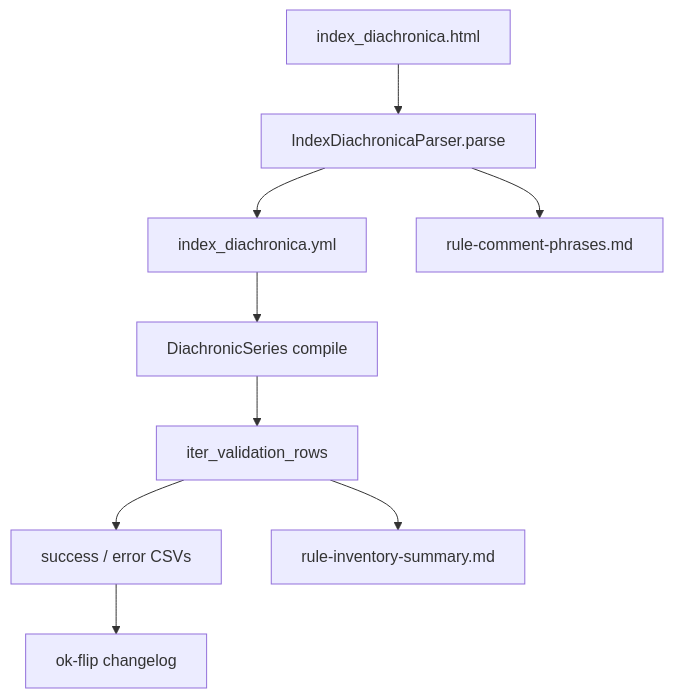
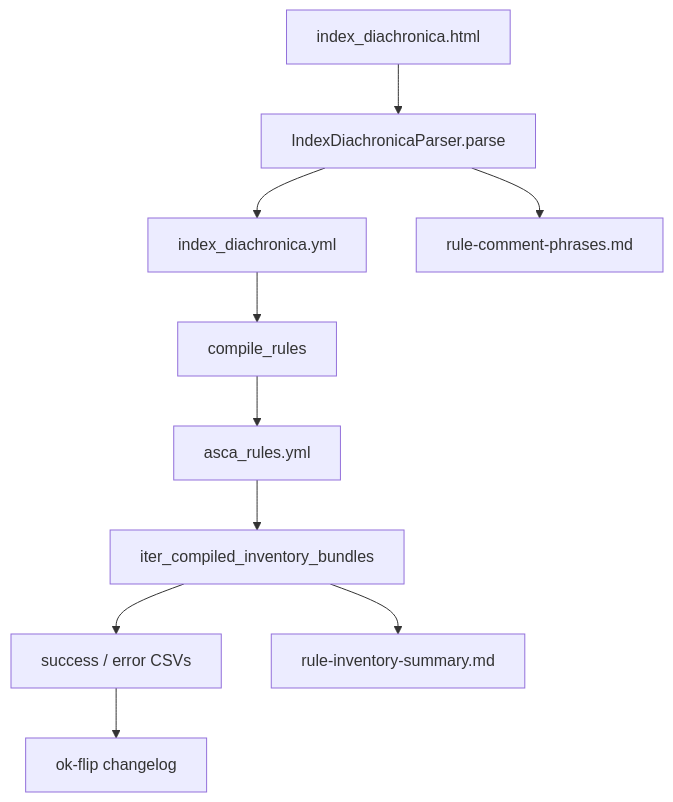
One commit to Pappa/conlanger changed the diagram in docs/system/validate.md. Above: the diagram before and after it, drawn with Mermaid. The commit also changed other lines of this file and 25 other files, not shown here.

First line of the commit message:
Split compile and validate; add asca_rules.yml v1 pipeline.

````diff
--- a/docs/system/validate.md
+++ b/docs/system/validate.md
@@ -24,19 +27,20 @@
 ```mermaid
 flowchart TD
   HTML[index_diachronica.html]
   Parse[IndexDiachronicaParser.parse]
   YAML[index_diachronica.yml]
   CommentSummary[rule-comment-phrases.md]
-  Compile[DiachronicSeries compile]
-  Inv[iter_validation_rows]
+  Compile[compile_rules]
+  ASCA_Y[asca_rules.yml]
+  Inv[iter_compiled_inventory_bundles]
   Split[success / error CSVs]
   Changelog[ok-flip changelog]
   Summary[rule-inventory-summary.md]
 
   HTML --> Parse --> YAML
   Parse --> CommentSummary
-  YAML --> Compile --> Inv
+  YAML --> Compile --> ASCA_Y --> Inv
   Inv --> Split
   Split --> Changelog
   Inv --> Summary
 ```
````
